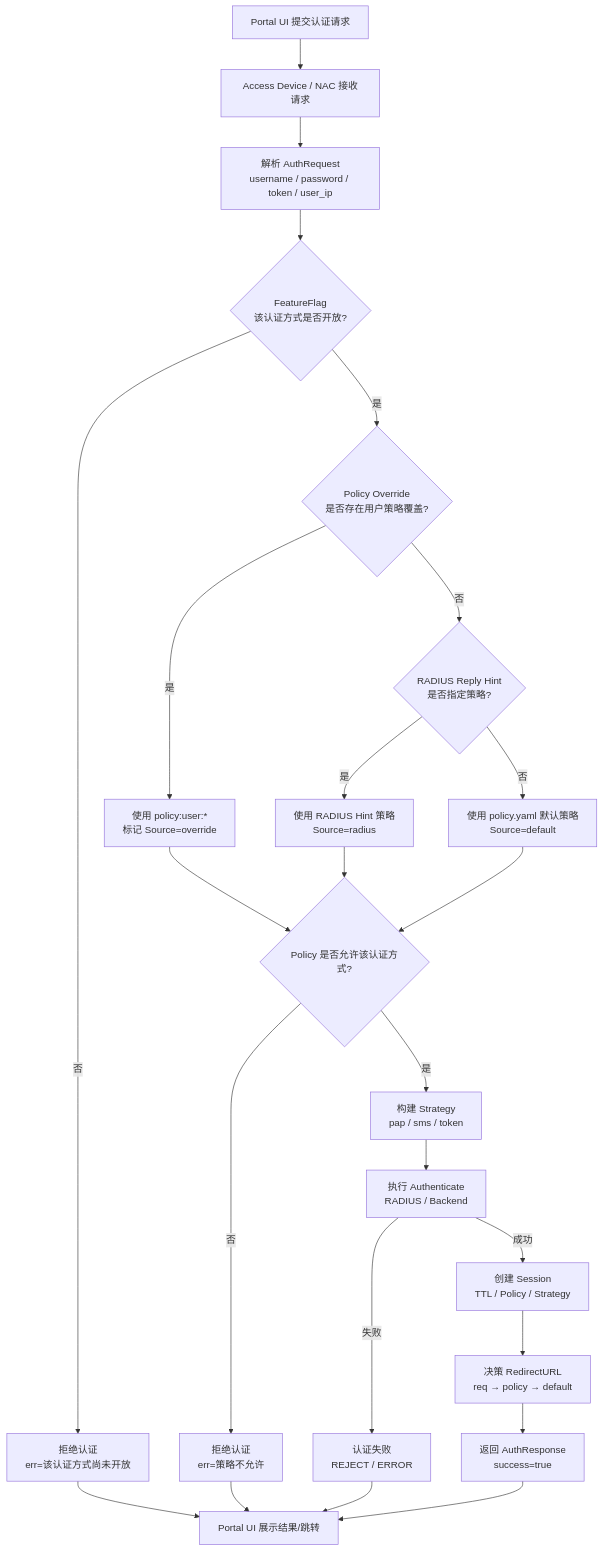
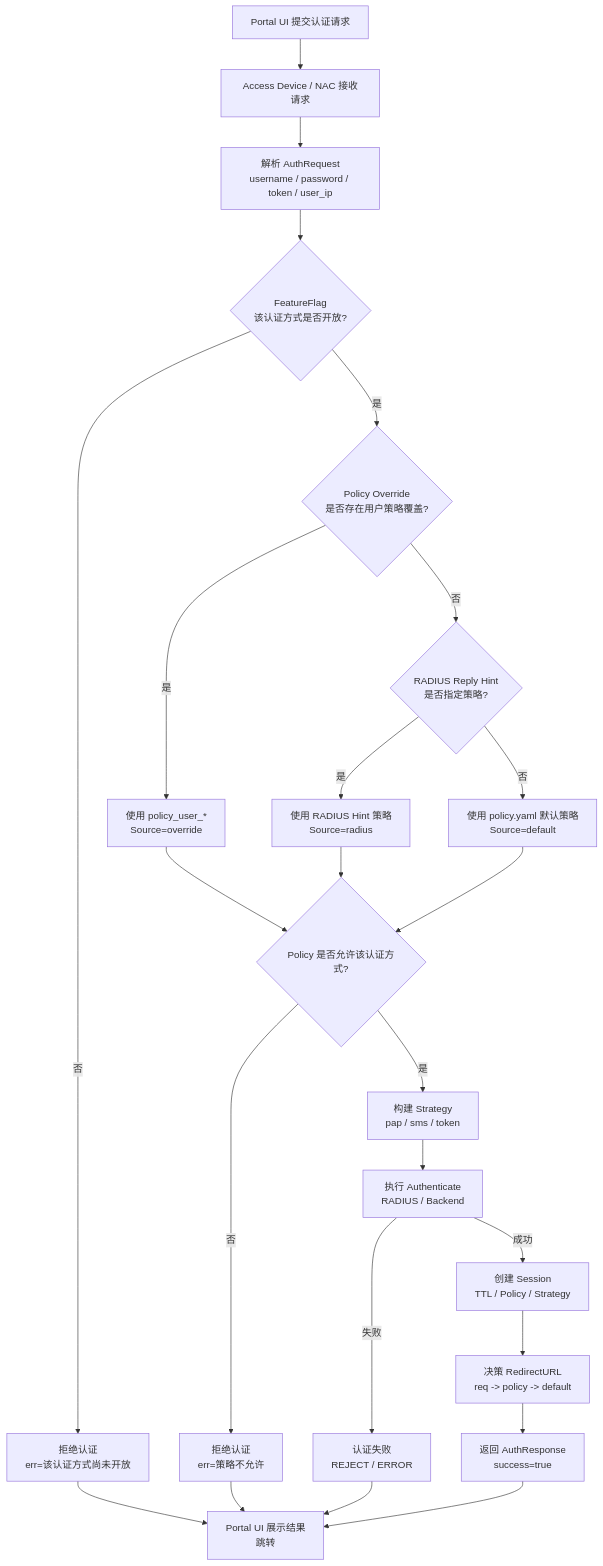
The diagram in docs/auth-decision-pipeline.md (Ass-Sniper/enterprise_ap_impl), drawn with Mermaid before and after one commit.

Commit message:
docs: fix Mermaid 8.8.3 flowchart compatibility
- replace <br/> with <br> for Mermaid 8.8.3 compatibility
- replace Unicode arrows (→) with ASCII ->
- rename policy:user:* to policy_user_* to avoid parser errors
- adjust flowchart labels for stable rendering

````diff
--- a/docs/auth-decision-pipeline.md
+++ b/docs/auth-decision-pipeline.md
@@ -10,43 +10,43 @@
 ```mermaid
 flowchart TD
     A[Portal UI 提交认证请求] --> B[Access Device / NAC 接收请求]
 
-    B --> C[解析 AuthRequest<br/>username / password / token / user_ip]
+    B --> C[解析 AuthRequest<br>username / password / token / user_ip]
 
-    C --> D{FeatureFlag<br/>该认证方式是否开放?}
+    C --> D{FeatureFlag<br>该认证方式是否开放?}
 
-    D -- 否 --> D1[拒绝认证<br/>err=该认证方式尚未开放]
+    D -- 否 --> D1[拒绝认证<br>err=该认证方式尚未开放]
     D1 --> Z[返回 Portal UI]
 
-    D -- 是 --> E{Policy Override<br/>是否存在用户策略覆盖?}
+    D -- 是 --> E{Policy Override<br>是否存在用户策略覆盖?}
 
-    E -- 是 --> E1[使用 policy:user:*<br/>标记 Source=override]
-    E -- 否 --> F{RADIUS Reply Hint<br/>是否指定策略?}
+    E -- 是 --> E1[使用 policy_user_*<br>Source=override]
+    E -- 否 --> F{RADIUS Reply Hint<br>是否指定策略?}
 
-    F -- 是 --> F1[使用 RADIUS Hint 策略<br/>Source=radius]
-    F -- 否 --> G[使用 policy.yaml 默认策略<br/>Source=default]
+    F -- 是 --> F1[使用 RADIUS Hint 策略<br>Source=radius]
+    F -- 否 --> G[使用 policy.yaml 默认策略<br>Source=default]
 
     E1 --> H
     F1 --> H
     G --> H
 
     H{Policy 是否允许该认证方式?}
 
-    H -- 否 --> H1[拒绝认证<br/>err=策略不允许]
+    H -- 否 --> H1[拒绝认证<br>err=策略不允许]
     H1 --> Z
 
-    H -- 是 --> I[构建 Strategy<br/>pap / sms / token]
+    H -- 是 --> I[构建 Strategy<br>pap / sms / token]
 
-    I --> J[执行 Authenticate<br/>RADIUS / Backend]
+    I --> J[执行 Authenticate<br>RADIUS / Backend]
 
-    J -- 失败 --> J1[认证失败<br/>REJECT / ERROR]
+    J -- 失败 --> J1[认证失败<br>REJECT / ERROR]
     J1 --> Z
 
-    J -- 成功 --> K[创建 Session<br/>TTL / Policy / Strategy]
+    J -- 成功 --> K[创建 Session<br>TTL / Policy / Strategy]
 
-    K --> L[决策 RedirectURL<br/>req → policy → default]
+    K --> L[决策 RedirectURL<br>req -> policy -> default]
 
-    L --> M[返回 AuthResponse<br/>success=true]
+    L --> M[返回 AuthResponse<br>success=true]
 
-    M --> Z[Portal UI 展示结果/跳转]
+    M --> Z[Portal UI 展示结果<br>跳转]
 ```
````
